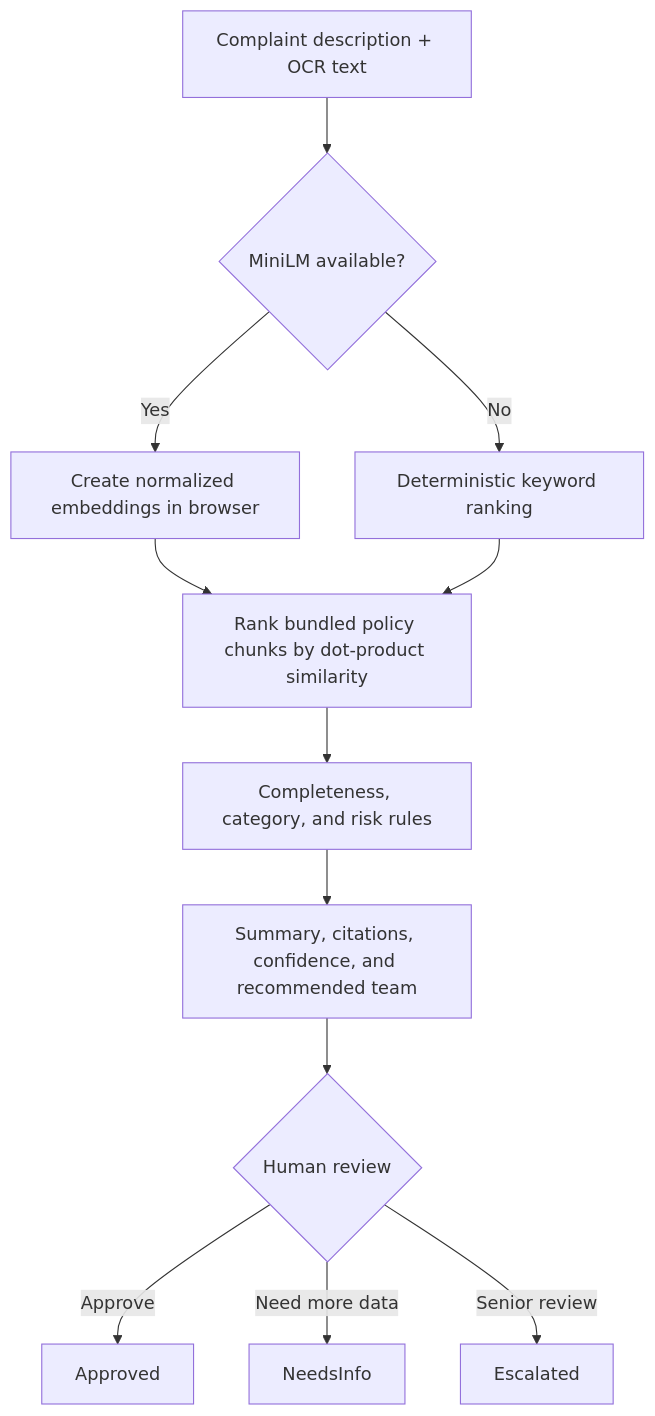
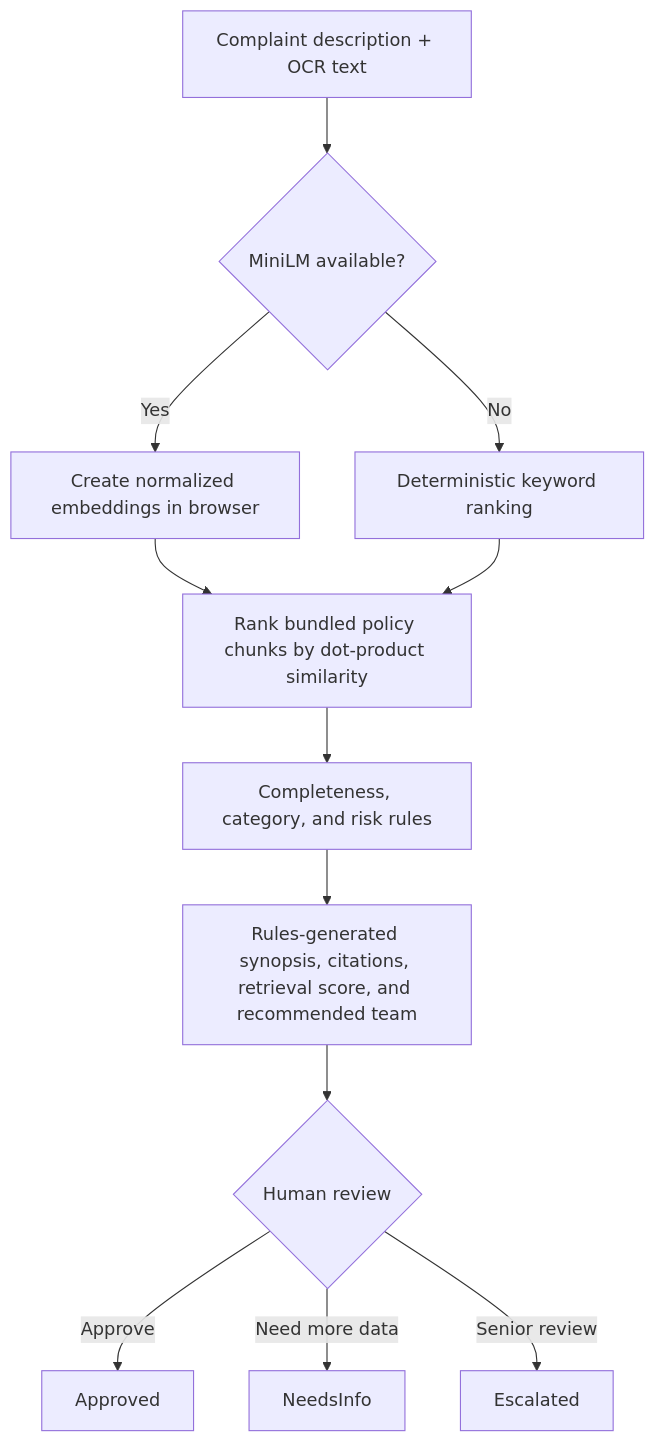
Before and after one commit to naveenalavilli/complaint-triage: the fourth of 5 diagrams in docs/ARCHITECTURE.md, drawn with Mermaid. The commit also changed other lines of this file and 22 other files, not shown here.

````diff
--- a/docs/ARCHITECTURE.md
+++ b/docs/ARCHITECTURE.md
@@ -140,14 +149,14 @@
 ```mermaid
 flowchart TD
     Input[Complaint description + OCR text] --> ModelLoad{MiniLM available?}
     ModelLoad -->|Yes| Embed[Create normalized embeddings in browser]
     Embed --> Rank[Rank bundled policy chunks by dot-product similarity]
     ModelLoad -->|No| Lexical[Deterministic keyword ranking]
     Lexical --> Rank
     Rank --> Rules[Completeness, category, and risk rules]
-    Rules --> Draft[Summary, citations, confidence, and recommended team]
-    Draft --> Human{Human review}
+    Rules --> Result[Rules-generated synopsis, citations, retrieval score, and recommended team]
+    Result --> Human{Human review}
     Human -->|Approve| Approved[Approved]
     Human -->|Need more data| NeedsInfo[NeedsInfo]
     Human -->|Senior review| Escalated[Escalated]
 ```
````
